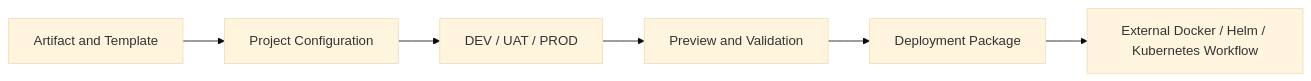
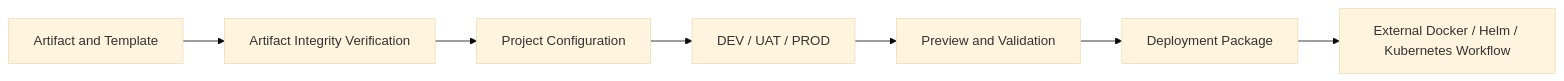
One commit to Tsonrat/software-engineer-journey changed the diagram in project/k8s_cicd_Platform/README.md. Above: the diagram before and after it, drawn with Mermaid (base theme). The commit also changed other lines of this file, not shown here.

````diff
--- a/project/k8s_cicd_Platform/README.md
+++ b/project/k8s_cicd_Platform/README.md
@@ -45,8 +50,9 @@
 ```mermaid
 flowchart LR
-    A["Artifact and Template"] --> B["Project Configuration"]
-    B --> C["DEV / UAT / PROD"]
-    C --> D["Preview and Validation"]
-    D --> E["Deployment Package"]
-    E --> F["External Docker / Helm / Kubernetes Workflow"]
+    A["Artifact and Template"] --> B["Artifact Integrity Verification"]
+    B --> C["Project Configuration"]
+    C --> D["DEV / UAT / PROD"]
+    D --> E["Preview and Validation"]
+    E --> F["Deployment Package"]
+    F --> G["External Docker / Helm / Kubernetes Workflow"]
 ```
````
